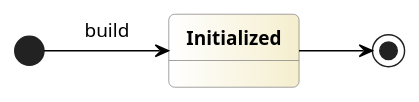
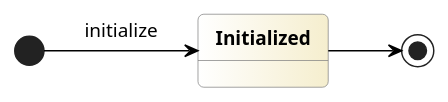
Before and after one commit to BlackBeltTechnology/judo-meta-jsl: the first of 2 diagrams in docs/pages/07_transfer.adoc, drawn with PlantUML. The commit also changed other lines of this file and 7 other files, not shown here.

```diff
--- a/docs/pages/07_transfer.adoc
+++ b/docs/pages/07_transfer.adoc
@@ -373,27 +370,27 @@
 [plantuml, target=diagram-uto-lifecycle, format=png, align="center"]
 ....
 @startuml lifecycle
 skinparam nodesep 50
 skinparam ranksep 10
 skinparam shadowing false
 
 skinparam padding 2
 skinparam roundCorner 8
 
 skinparam state {
     FontColor<<White>> white
     BackgroundColor<<White>> white
     BorderColor<<White>> white
 
     BackgroundColor white|#f5eece
     BorderColor #grey
     ArrowColor #black
     FontSize 13
     FontStyle bold
 }
 
-[*] -right-> Initialized : build
+[*] -right-> Initialized : initialize
 Initialized -right-> [*]
 
 @enduml
 ....
```
